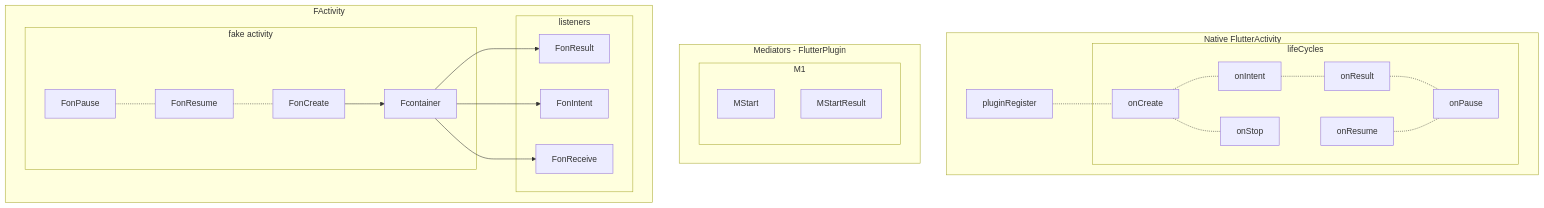
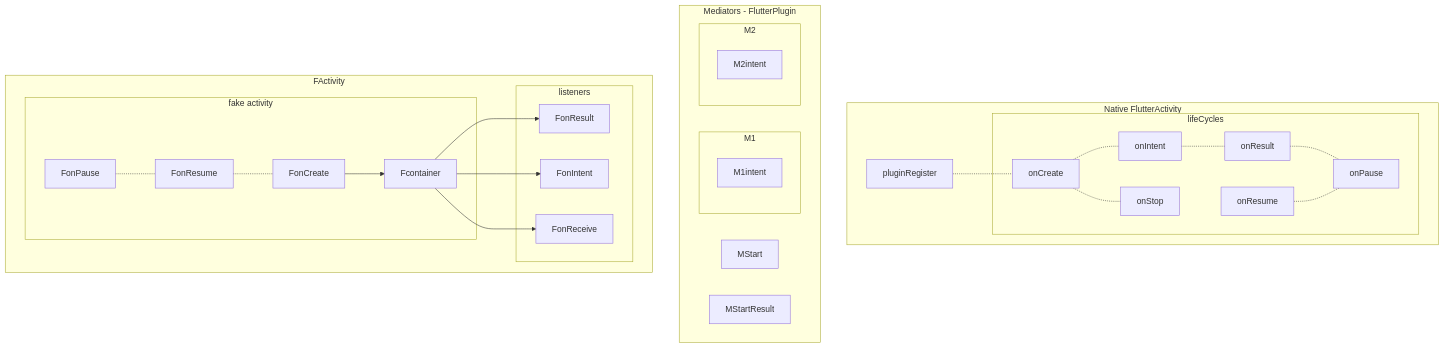
One commit to gordianknotC/nxp_note changed the diagram in flutter/addActivityResultListener.md. Above: the diagram before and after it, drawn with Mermaid. The commit also changed other lines of this file, not shown here.

Commit message:
flutter/addActivityResultListener.md updated from https://stackedit.io/

````diff
--- a/flutter/addActivityResultListener.md
+++ b/flutter/addActivityResultListener.md
@@ -11,46 +11,50 @@
 ```mermaid
 graph TB
 	subgraph Native FlutterActivity
 		pluginRegister
 		pluginRegister -.- onCreate
 		subgraph lifeCycles
 			onCreate -.- onIntent
 			onIntent -.- onResult
 			onResult -.- onPause
 			onResume -.- onPause
 			onCreate -.- onStop
 		end
 	end
 	subgraph Mediators - FlutterPlugin
+		MStart
+		MStartResult
 		subgraph M1
-			MStart
-			MStartResult
+			M1intent			
+		end
+		subgraph M2
+			M2intent
 		end
 	end
 	
 	subgraph FActivity
 		FonCreate
 		FonPause 
 		FonResume 
 		FonResult 
 		FonIntent 
 		FonReceive 
 		
 		subgraph fake activity
 			FonPause -.- FonResume
 			FonResume -.- FonCreate
 			FonCreate --> Fcontainer
 		end
 		
 		subgraph listeners
 			Fcontainer --> FonIntent
 			Fcontainer --> FonResult
 			Fcontainer --> FonReceive
 		end
 		
 		
 		
 	end
 
 
 ```
````
